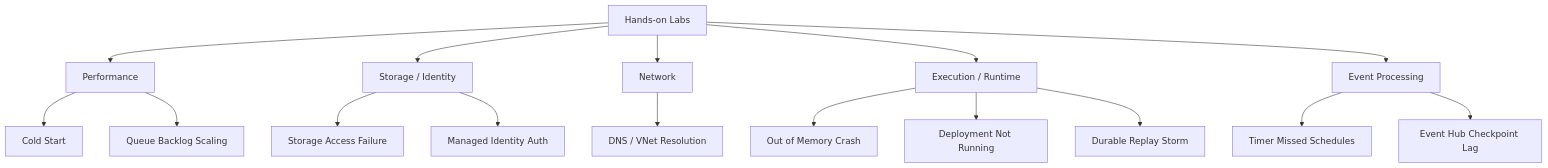
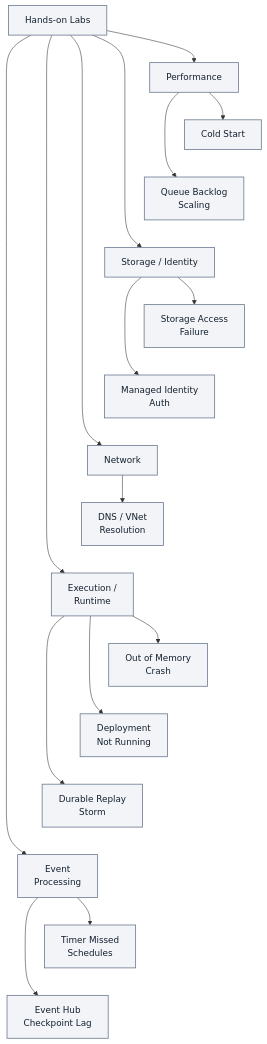
Before and after one commit to yeongseon/azure-functions-practical-guide: the diagram in docs/troubleshooting/lab-guides/index.md, drawn with Mermaid. The commit also changed other lines of this file and 3 other files, not shown here.

First line of the commit message:
docs(diagrams): migrate Functions lab other — hosting plan comparison matrix and hosting plan security matrix and related diagnostics (#442)

````diff
--- a/docs/troubleshooting/lab-guides/index.md
+++ b/docs/troubleshooting/lab-guides/index.md
@@ -27,18 +27,32 @@
 ```mermaid
 graph TD
+    accTitle: Hands-on lab categories
+    accDescr: Navigation map grouping ten labs under Performance, Storage and Identity, Network, Execution and Runtime, and Event Processing. Category membership does not classify execution status or evidence trust; use the linked lab tables below.
     A[Hands-on Labs] --> B[Performance]
     A --> C["Storage / Identity"]
     A --> D[Network]
-    A --> E["Execution / Runtime"]
-    A --> F[Event Processing]
+    A --> E["Execution /<br/>Runtime"]
+    A --> F["Event<br/>Processing"]
     B --> B1[Cold Start]
-    B --> B2[Queue Backlog Scaling]
-    C --> C1[Storage Access Failure]
-    C --> C2[Managed Identity Auth]
-    D --> D1["DNS / VNet Resolution"]
-    E --> E1[Out of Memory Crash]
-    E --> E2[Deployment Not Running]
-    E --> E3[Durable Replay Storm]
-    F --> F1[Timer Missed Schedules]
-    F --> F2[Event Hub Checkpoint Lag]
+    B --> B2["Queue Backlog<br/>Scaling"]
+    C --> C1["Storage Access<br/>Failure"]
+    C --> C2["Managed Identity<br/>Auth"]
+    D --> D1["DNS / VNet<br/>Resolution"]
+    E --> E1["Out of Memory<br/>Crash"]
+    E --> E2["Deployment<br/>Not Running"]
+    E --> E3["Durable Replay<br/>Storm"]
+    F --> F1["Timer Missed<br/>Schedules"]
+    F --> F2["Event Hub<br/>Checkpoint Lag"]
+    %% Layout-only category tiers; no new membership or prerequisite arrows.
+    B1 ~~~ B2
+    B2 ~~~ C
+    C1 ~~~ C2
+    C2 ~~~ D
+    D1 ~~~ E
+    E1 ~~~ E2
+    E2 ~~~ E3
+    E3 ~~~ F
+    F1 ~~~ F2
+    classDef neutral fill:#f2f4f8,stroke:#707e93,stroke-width:1.5px,color:#14202e;
+    class A,B,C,D,E,F,B1,B2,C1,C2,D1,E1,E2,E3,F1,F2 neutral;
 ```
````
